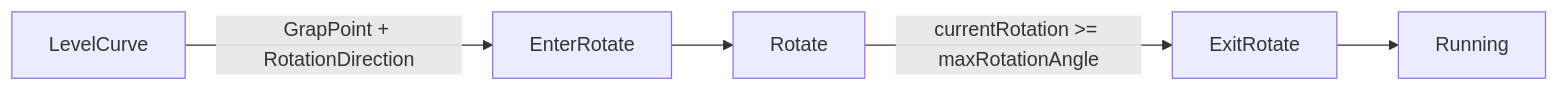
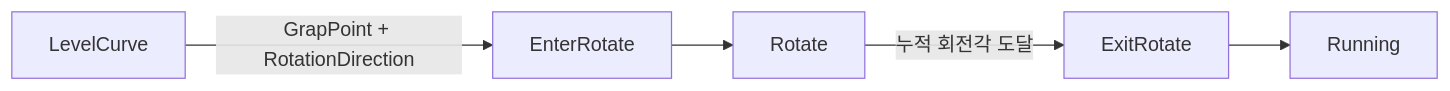
One commit to DuckBaee/DoDoDoIt-Client-Portfolio changed the third of 3 diagrams in Docs/RopeArchitecture.md. Above: the diagram before and after it, drawn with Mermaid. The commit also changed other lines of this file and 7 other files, not shown here.

````diff
--- a/Docs/RopeArchitecture.md
+++ b/Docs/RopeArchitecture.md
@@ -53,7 +53,7 @@
 ```mermaid
 flowchart LR
     LevelCurve -->|GrapPoint + RotationDirection| EnterRotate
     EnterRotate --> Rotate
-    Rotate -->|currentRotation >= maxRotationAngle| ExitRotate
+    Rotate -->|누적 회전각 도달| ExitRotate
     ExitRotate --> Running
 ```
````
